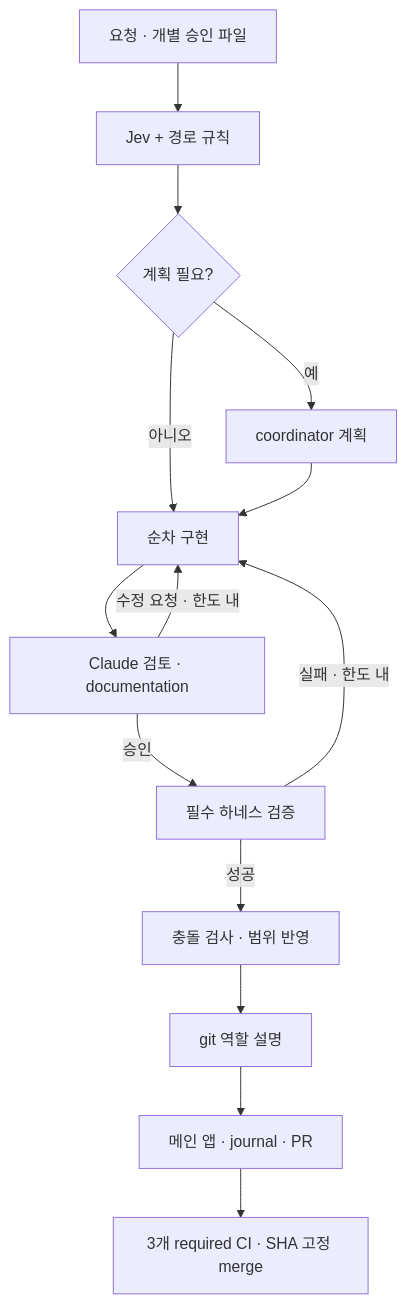
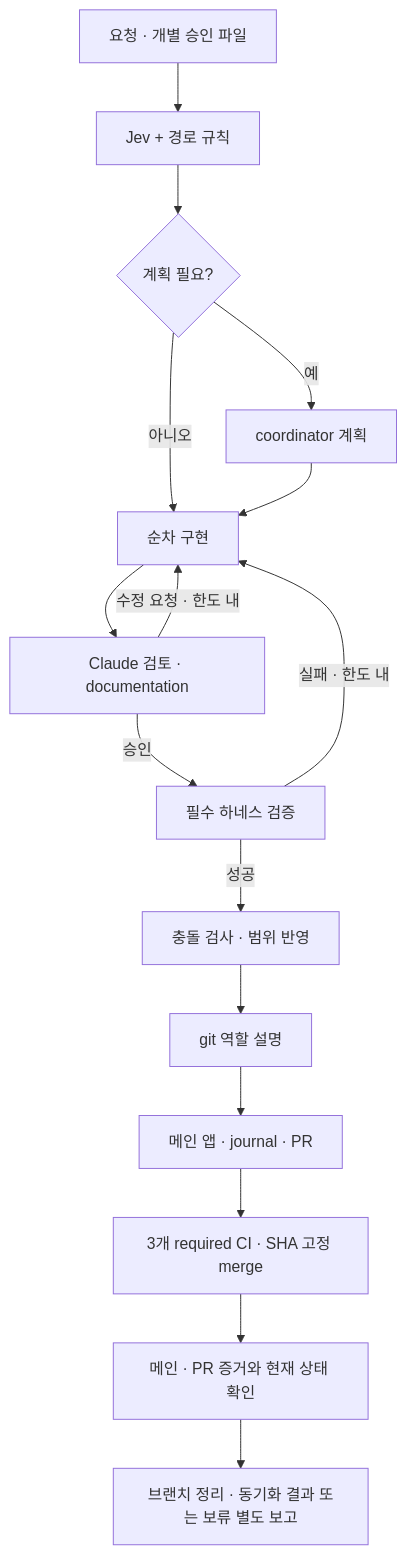
The second of 2 diagrams in docs/harness-design.md (21in7/TavernofSoul), drawn with Mermaid before and after one commit. The commit also changed other lines of this file and 4 other files, not shown here.

````diff
--- a/docs/harness-design.md
+++ b/docs/harness-design.md
@@ -123,16 +124,18 @@
 ```mermaid
 flowchart TD
     R[요청 · 개별 승인 파일] --> J[Jev + 경로 규칙]
     J --> Q{계획 필요?}
     Q -->|예| P[coordinator 계획]
     Q -->|아니오| W[순차 구현]
     P --> W
     W --> V[Claude 검토 · documentation]
     V -->|수정 요청 · 한도 내| W
     V -->|승인| C[필수 하네스 검증]
     C -->|실패 · 한도 내| W
     C -->|성공| A[충돌 검사 · 범위 반영]
     A --> G[git 역할 설명]
     G --> H[메인 앱 · journal · PR]
     H --> I[3개 required CI · SHA 고정 merge]
+    I --> K[메인 · PR 증거와 현재 상태 확인]
+    K --> L[브랜치 정리 · 동기화 결과 또는 보류 별도 보고]
 ```
````
